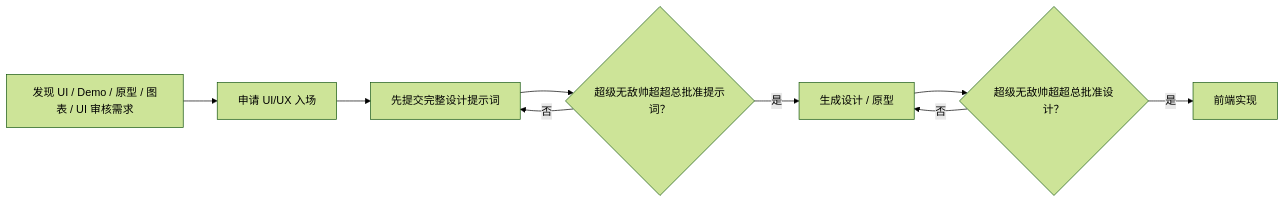
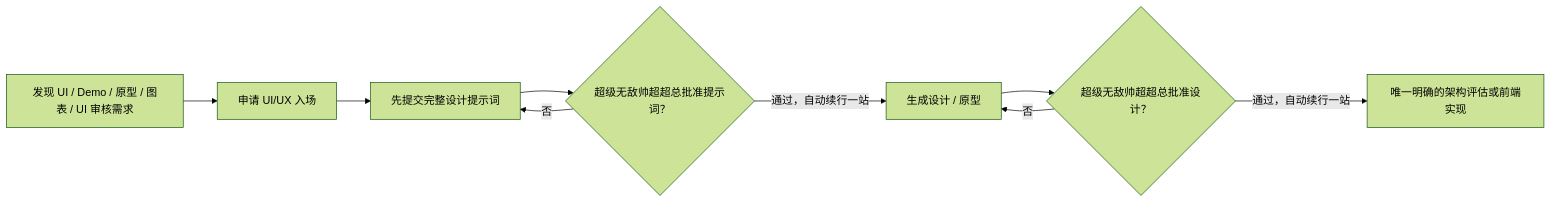
Before and after one commit to CloudyStormer/AI-Workflow-Dev: the fifth of 7 diagrams in architecture/00-workflow-architecture.md, drawn with Mermaid (forest theme). The commit also changed other lines of this file and 84 other files, not shown here.

````diff
--- a/architecture/00-workflow-architecture.md
+++ b/architecture/00-workflow-architecture.md
@@ -87,11 +88,11 @@
 ```mermaid
 flowchart LR
     T["发现 UI / Demo / 原型 / 图表 / UI 审核需求"] --> E["申请 UI/UX 入场"]
     E --> P["先提交完整设计提示词"]
     P --> G1{"超级无敌帅超超总批准提示词？"}
     G1 -->|否| P
-    G1 -->|是| D["生成设计 / 原型"]
+    G1 -->|通过，自动续行一站| D["生成设计 / 原型"]
     D --> G2{"超级无敌帅超超总批准设计？"}
     G2 -->|否| D
-    G2 -->|是| F["前端实现"]
+    G2 -->|通过，自动续行一站| F["唯一明确的架构评估或前端实现"]
 ```
````
